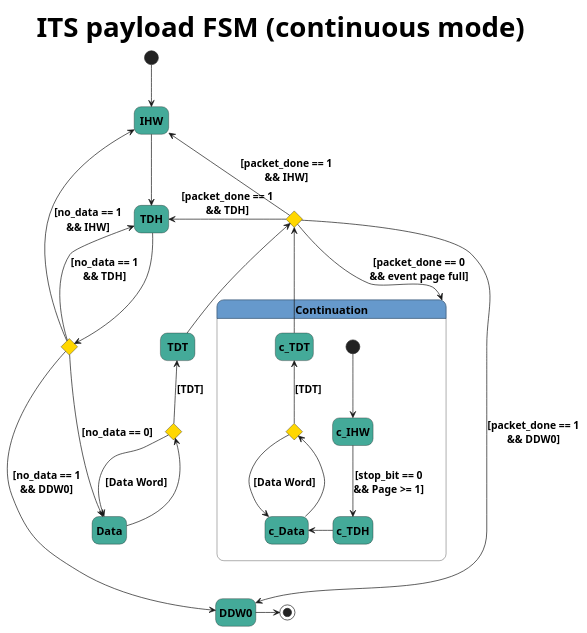
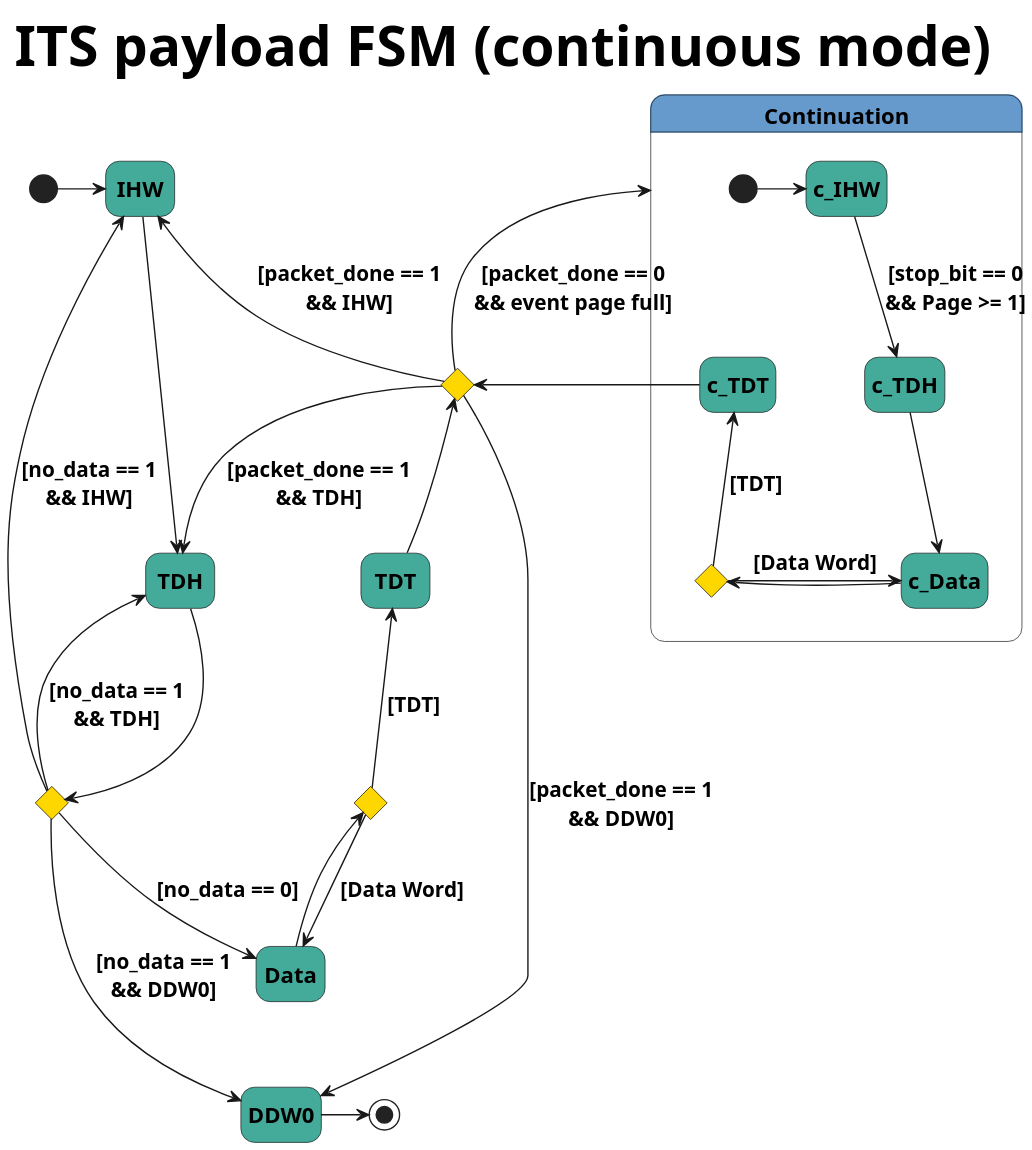
The diagram in doc/ITS_payload_fsm_continuous_mode.puml (CramBL/fastPASTA), drawn with PlantUML before and after one commit. The commit also changed 1 other file, not shown here.

Commit message:
improve ITS  payload fsm diagram

```diff
--- a/doc/ITS_payload_fsm_continuous_mode.puml
+++ b/doc/ITS_payload_fsm_continuous_mode.puml
@@ -1,107 +1,108 @@
 @startuml ITS_payload_fsm_continuous_mode
+scale 2
 ' Carto color palette
 ' light blue       #88CCEE
 ' light pink/red   #CC6677
 ' light yellow     #DDCC77
 ' dark green       #117733
 ' Dark purple      #332288
 ' Pink             #AA4499
 ' Light blue/green #44AA99
 ' Brown/yellow     #999933
 ' Dark purple      #882255
 ' Dark red         #661100
 ' Medium blue      #6699CC
 ' Grey             #888888
 
 <style>
 title {
   HorizontalAlignment right
   FontSize 40
   'BackGroundColor #F0F0F0
   Margin 1
   Padding 0
 }
 stateDiagram {
   arrow {
     FontSize 15
     FontStyle bold
   }
 }
 diamond {
     BackgroundColor #gold
     LineColor black
     LineThickness 0.5
 }
 </style>
 skinparam RoundCorner 20
 skinparam State {
   BackgroundColor #44AA99
   FontSize 16
   FontStyle bold
 }
 
 
 Title **ITS payload FSM** (continuous mode)
 hide empty description
 
 state after_TDH <<choice>>
 'state after_TDH_no_data <<choice>>
 state after_TDT <<choice>>
 state after_Data <<choice>>
 
 
 
-[*] --> IHW
+[*] -> IHW
 
 IHW --> TDH
 
 TDH --> after_TDH
 
 after_TDH -right-> Data : [no_data == 0]
-after_TDH -up-> TDH : [no_data == 1\n&& TDH]
-after_TDH ----> DDW0 : [no_data == 1\n&& DDW0]
-after_TDH -left-> IHW : [no_data == 1\n&& IHW]
+after_TDH -left-> TDH : [no_data == 1\n&& TDH]
+after_TDH ---> DDW0 : [no_data == 1\n&& DDW0]
+after_TDH -up-> IHW : [no_data == 1\n&& IHW]
 
 'note left of after_TDH_no_data : Both TDH and DDW0\nare legal next words
 
 'after_TDH_no_data --> TDH : [TDH]
 'after_TDH_no_data --> DDW0 : [DDW0]
 'after_TDH_no_data -up-> IHW : [IHW]
 
 
 Data --> after_Data
 
 'note left of after_Data : Both Data and TDT\nare legal next words
 
 after_Data --> Data : [Data Word]
 after_Data -up-> TDT : [TDT]
 
 TDT -up-> after_TDT
-after_TDT -left-> TDH : [packet_done == 1\n&& TDH]
+after_TDT --> TDH : [packet_done == 1\n&& TDH]
 after_TDT --> DDW0 : [packet_done == 1\n&& DDW0]
 after_TDT -up-> IHW : [packet_done == 1\n&& IHW]
-after_TDT -right-> Continuation : [packet_done == 0\n&& event page full]
+after_TDT -up-> Continuation : [packet_done == 0\n&& event page full]
 'note right of after_TDT : IHW, TDH and DDW0\nare legal next words\nwhen **packet_done == 1**
 
 state Continuation #6699CC {
   state after_c_Data <<choice>>
-    [*] --> c_IHW
+    [*] -> c_IHW
     c_IHW --> c_TDH : [stop_bit == 0\n&& Page >= 1]
 
 
-    c_TDH -left-> c_Data
-    c_Data -up-> after_c_Data
+    c_TDH --> c_Data
+    c_Data -left-> after_c_Data
 
-    after_c_Data --> c_Data : [Data Word]
+    after_c_Data -left-> c_Data : [Data Word]
     after_c_Data -up-> c_TDT : [TDT]
 
     c_TDT -up-> after_TDT
 
     'note top of after_c_Data : Both Data and TDT\nare legal next words\nif event page is not full
 
 }
 
 
 DDW0 -right-> [*]
 
 @enduml
```
